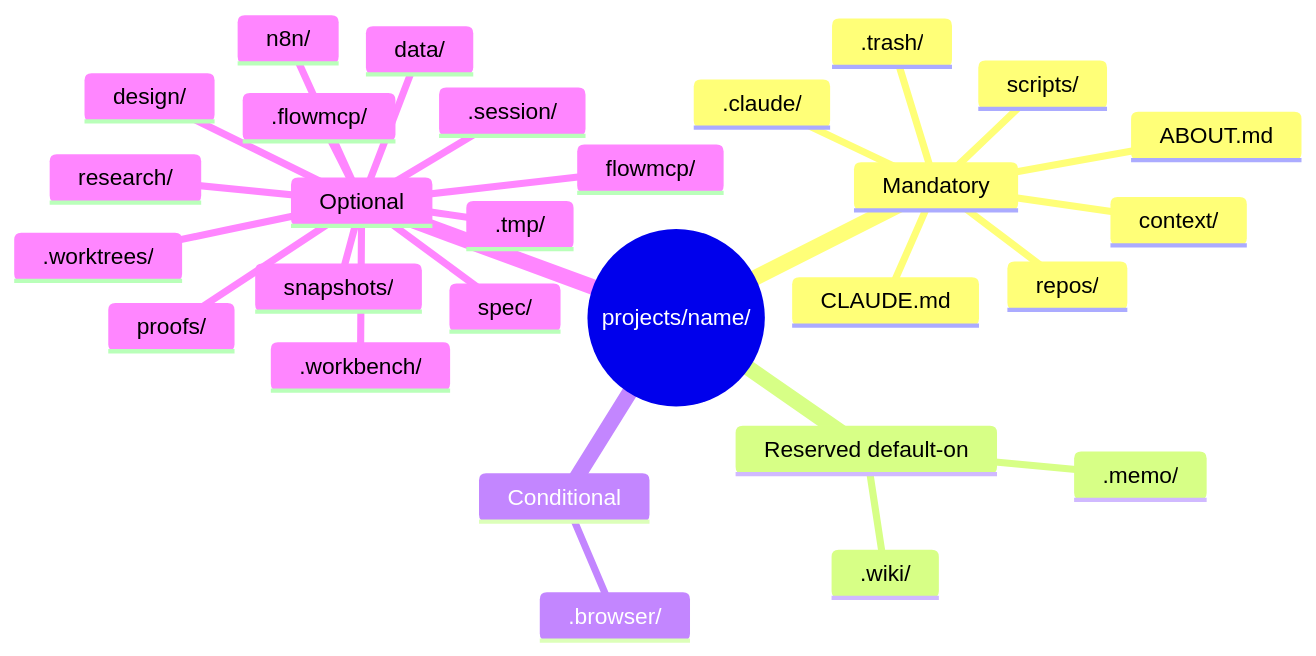
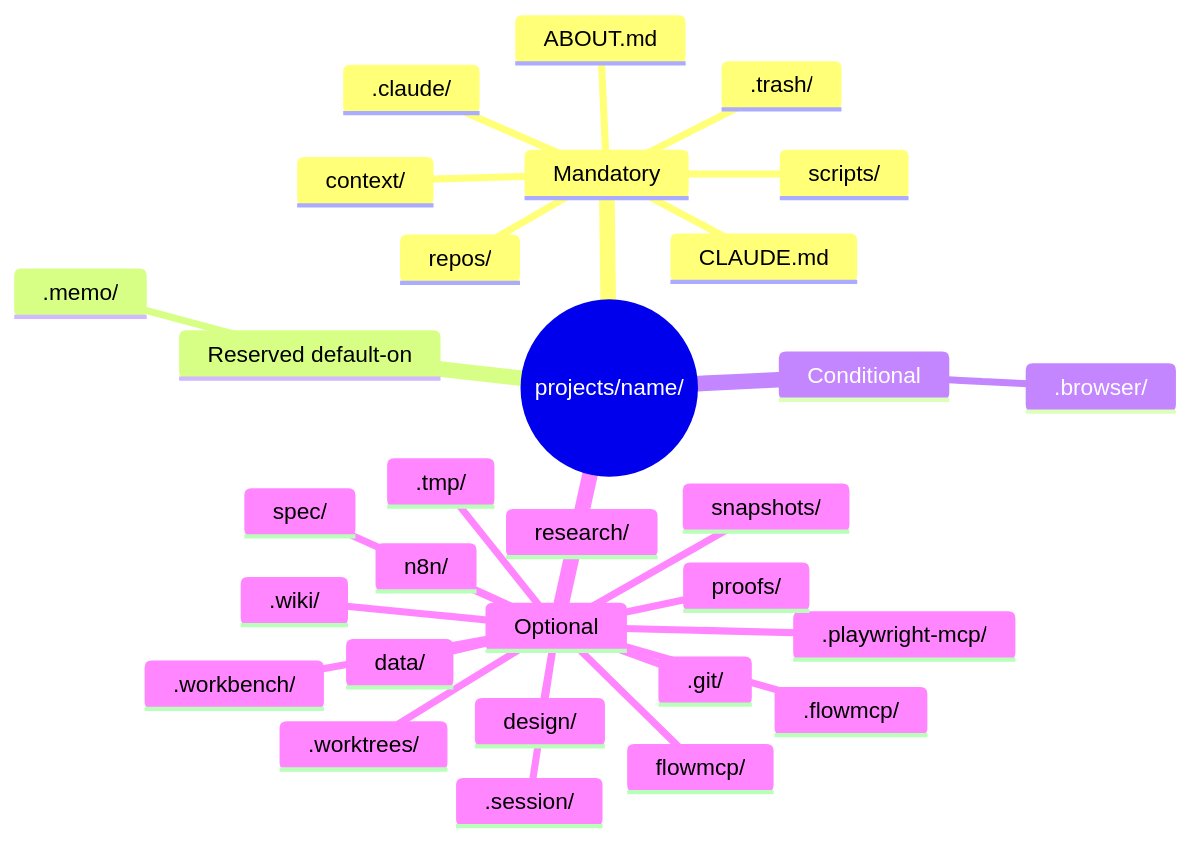
The first of 2 diagrams in workbench/0.3.0/dist/spec/12-folders.md (Memo-Init/spec), drawn with Mermaid before and after one commit. The commit also changed other lines of this file and 293 other files, not shown here.

````diff
--- a/workbench/0.3.0/dist/spec/12-folders.md
+++ b/workbench/0.3.0/dist/spec/12-folders.md
@@ -72,31 +121,33 @@
 ```mermaid
 mindmap
   root((projects/name/))
     Mandatory
       .claude/
       .trash/
       ABOUT.md
       CLAUDE.md
       context/
       repos/
       scripts/
     Reserved default-on
       .memo/
-      .wiki/
     Conditional
       .browser/
     Optional
       .flowmcp/
+      .git/
+      .playwright-mcp/
       .session/
       .tmp/
+      .wiki/
       .workbench/
       .worktrees/
       data/
       design/
       flowmcp/
       n8n/
       proofs/
       research/
       snapshots/
       spec/
 ```
````
